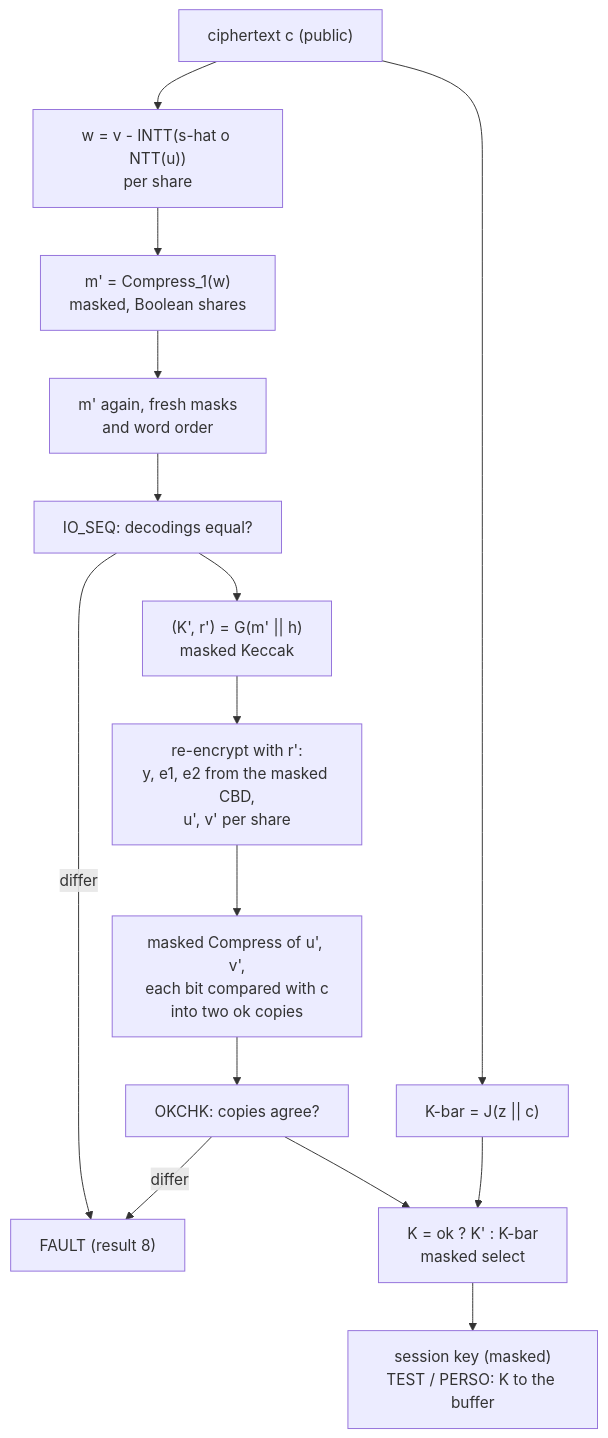
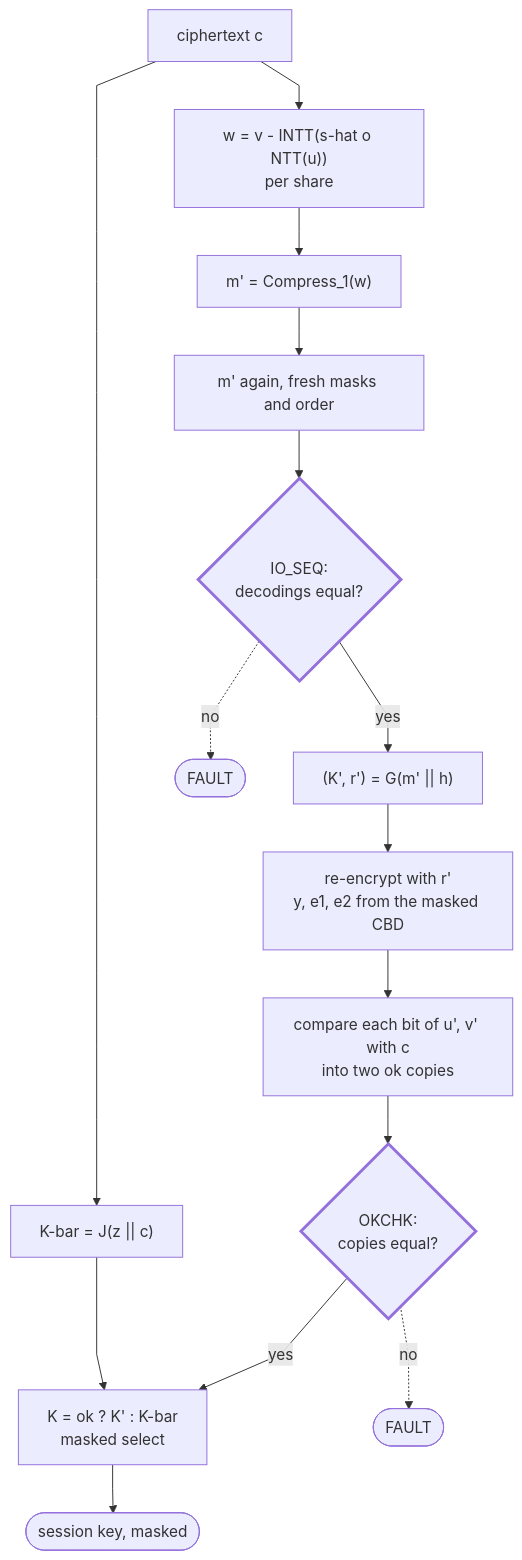
The ninth of 12 diagrams in docs/PQSE_diagrams.md (DH1252/mlkem_hls), drawn with Mermaid before and after one commit. The commit also changed other lines of this file, not shown here.

First line of the commit message:
docs: restructure the diagrams, straight edges, plainer text

````diff
--- a/docs/PQSE_diagrams.md
+++ b/docs/PQSE_diagrams.md
@@ -279,22 +308,26 @@
 ```mermaid
-flowchart TD
-    c["ciphertext c (public)"]
+%%{init: {"flowchart": {"curve": "linear"}}}%%
+flowchart TB
+    c["ciphertext c"]
     w["w = v - INTT(s-hat o NTT(u))<br/>per share"]
-    m1["m' = Compress_1(w)<br/>masked, Boolean shares"]
-    m2["m' again, fresh masks<br/>and word order"]
-    seqchk["IO_SEQ: decodings equal?"]
-    gk["(K', r') = G(m' || h)<br/>masked Keccak"]
+    m1["m' = Compress_1(w)"]
+    m2["m' again, fresh masks and order"]
+    seqc{"IO_SEQ:<br/>decodings equal?"}
+    gk["(K', r') = G(m' || h)"]
     kb["K-bar = J(z || c)"]
-    reenc["re-encrypt with r':<br/>y, e1, e2 from the masked CBD,<br/>u', v' per share"]
-    cmpc["masked Compress of u', v',<br/>each bit compared with c<br/>into two ok copies"]
-    okchk["OKCHK: copies agree?"]
+    re["re-encrypt with r'<br/>y, e1, e2 from the masked CBD"]
+    cmpc["compare each bit of u', v' with c<br/>into two ok copies"]
+    okc{"OKCHK:<br/>copies equal?"}
     sel["K = ok ? K' : K-bar<br/>masked select"]
-    sk["session key (masked)<br/>TEST / PERSO: K to the buffer"]
-    fault["FAULT (result 8)"]
-    c --> w --> m1 --> m2 --> seqchk
-    seqchk -->|"differ"| fault
-    seqchk --> gk --> reenc --> cmpc --> okchk
+    sk(["session key, masked"])
+    f1(["FAULT"])
+    f2(["FAULT"])
+    c --> w --> m1 --> m2 --> seqc
+    seqc -->|"yes"| gk --> re --> cmpc --> okc
+    okc -->|"yes"| sel --> sk
     c --> kb --> sel
-    okchk -->|"differ"| fault
-    okchk --> sel --> sk
+    seqc -.->|"no"| f1
+    okc -.->|"no"| f2
+    classDef check stroke-width:3px
+    class seqc,okc check
 ```
````
